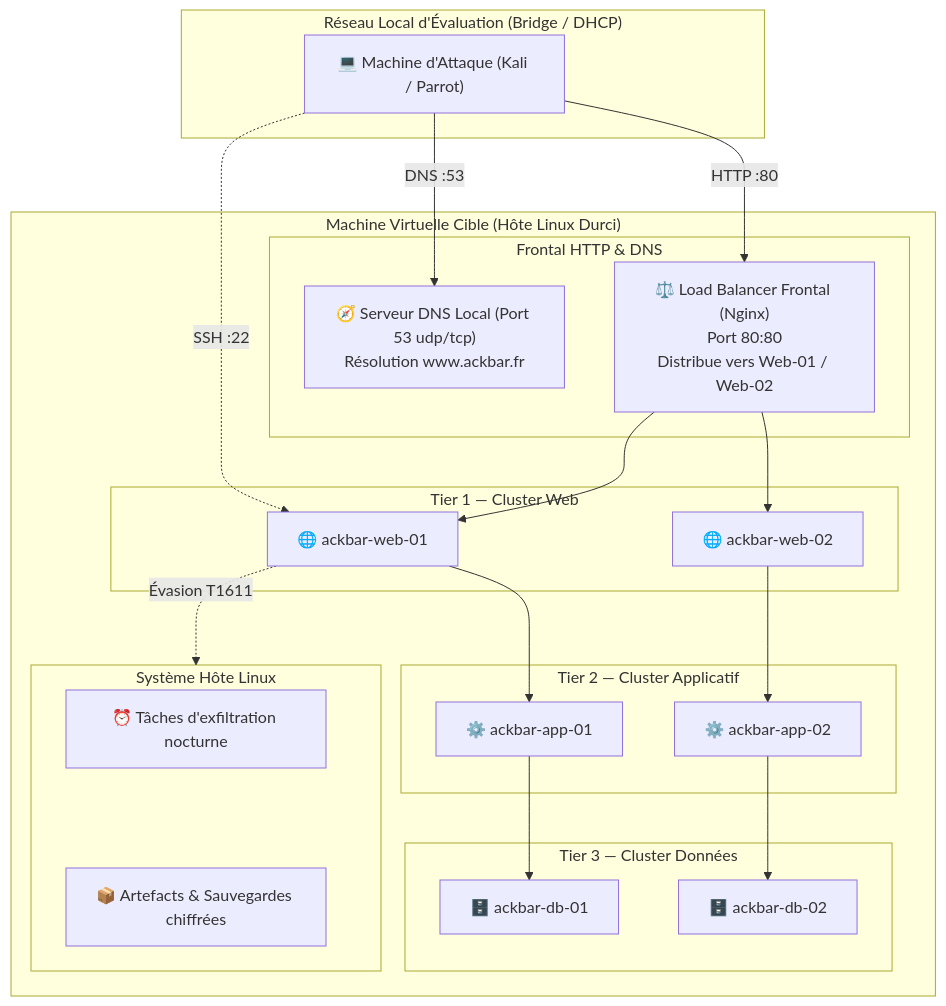
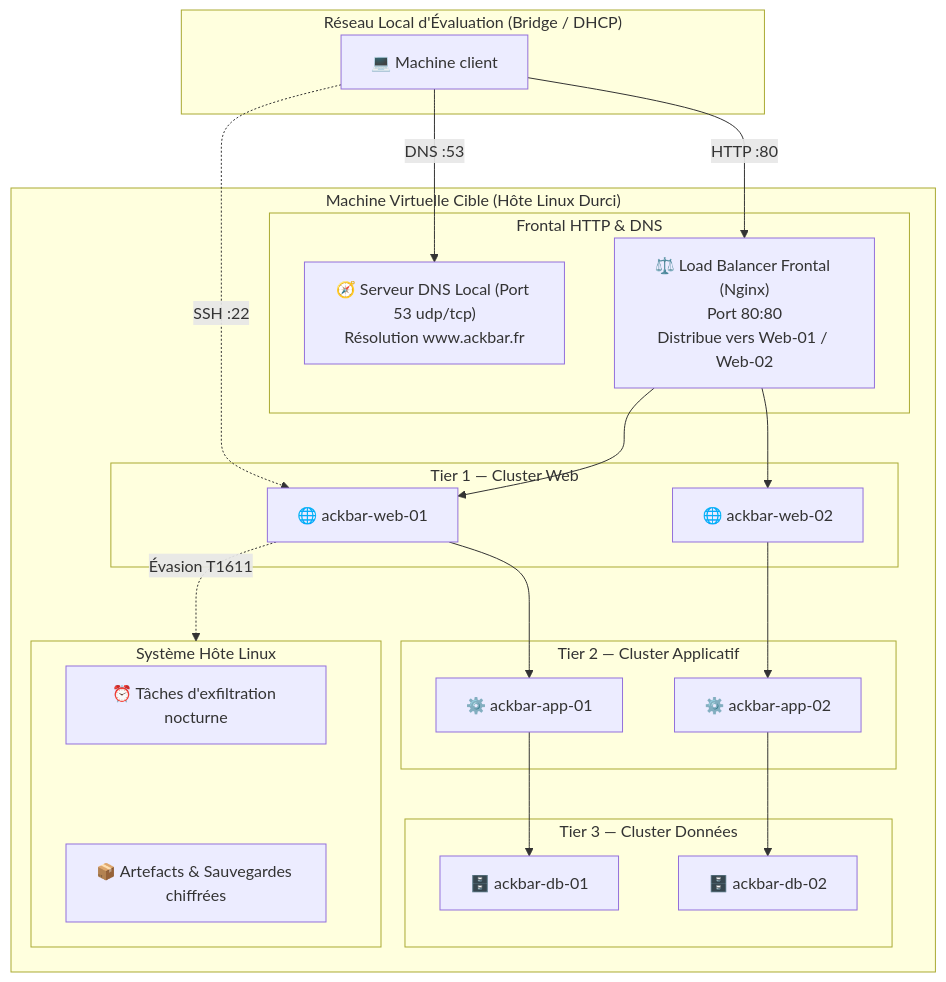
The diagram in README.md (Belkoruh/wargame), drawn with Mermaid before and after one commit.

````diff
--- a/README.md
+++ b/README.md
@@ -54,46 +54,46 @@
 ```mermaid
 flowchart TD
     subgraph LAN["Réseau Local d'Évaluation (Bridge / DHCP)"]
-        Attacker["💻 Machine d'Attaque (Kali / Parrot)"]
+        Attacker["💻 Machine client"]
     end
 
     subgraph TargetVM["Machine Virtuelle Cible (Hôte Linux Durci)"]
         subgraph Frontal["Frontal HTTP & DNS"]
             DNS["🧭 Serveur DNS Local (Port 53 udp/tcp)<br/>Résolution www.ackbar.fr"]
             LB["⚖️ Load Balancer Frontal (Nginx)<br/>Port 80:80<br/>Distribue vers Web-01 / Web-02"]
         end
 
         subgraph Tier1["Tier 1 — Cluster Web"]
             Web1["🌐 ackbar-web-01<br/>"]
             Web2["🌐 ackbar-web-02<br/>"]
         end
 
         subgraph Tier2["Tier 2 — Cluster Applicatif"]
             App1["⚙️ ackbar-app-01"]
             App2["⚙️ ackbar-app-02"]
         end
 
         subgraph Tier3["Tier 3 — Cluster Données"]
             DB1["🗄️ ackbar-db-01"]
             DB2["🗄️ ackbar-db-02"]
         end
 
         subgraph HostOS["Système Hôte Linux"]
             Cron["⏰ Tâches d'exfiltration nocturne"]
             Artifacts["📦 Artefacts & Sauvegardes chiffrées"]
         end
     end
 
     Attacker -->|HTTP :80| LB
     Attacker -->|DNS :53| DNS
     Attacker -.->|SSH :22| Web1
     LB --> Web1
     LB --> Web2
     Web1 --> App1
     Web2 --> App2
     App1 --> DB1
     App2 --> DB2
     Web1 -.->|Évasion T1611| HostOS
     HostOS --- Cron
     HostOS --- Artifacts
 ```
````
